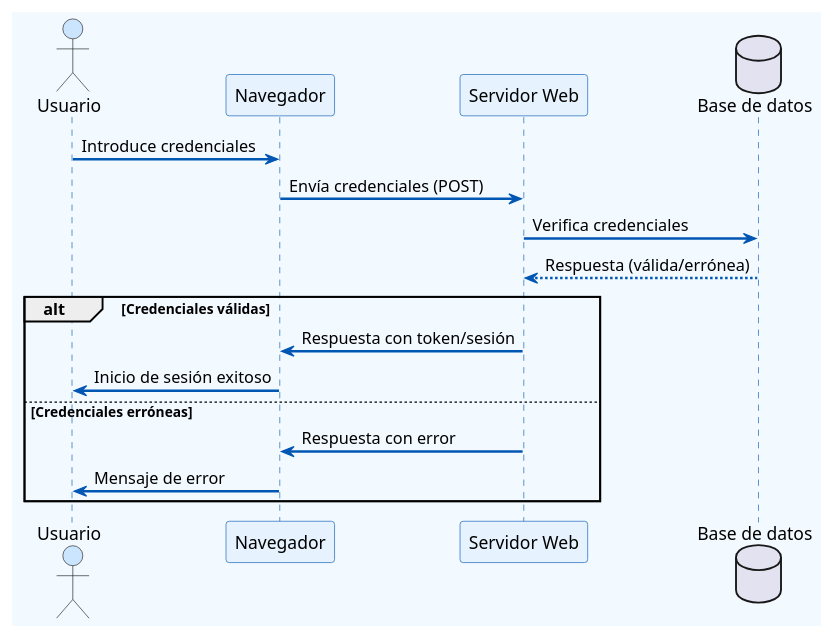
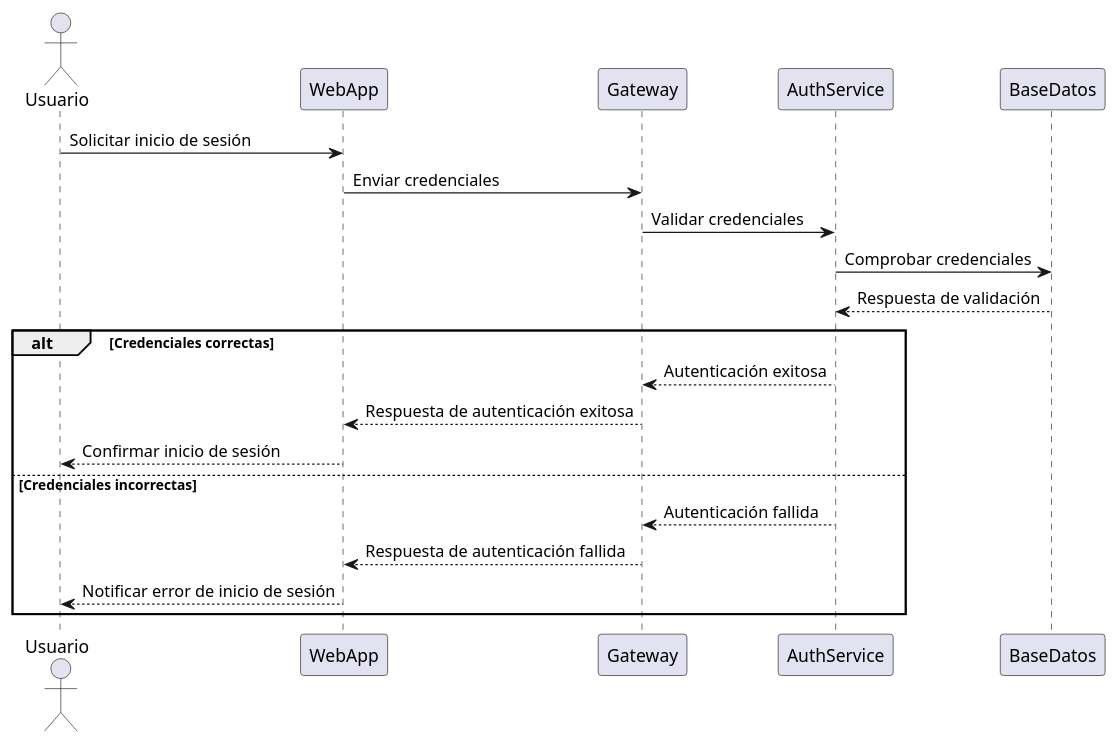
The second of 5 diagrams in docs/src/06_runtime_view.adoc (Arquisoft/wichat_es5b), drawn with PlantUML before and after one commit. The commit also changed other lines of this file, not shown here.

Commit message:
Modificados los diagramas de inicio de sesion y registro de usuarios

```diff
--- a/docs/src/06_runtime_view.adoc
+++ b/docs/src/06_runtime_view.adoc
@@ -78,31 +68,24 @@
 [plantuml,"Inicio de sesion",png]
 ----
 @startuml
-skinparam backgroundColor #F2F9FF
-skinparam sequence {
-    ActorBackgroundColor #CCE5FF
-    ParticipantBackgroundColor #E6F3FF
-    ParticipantBorderColor #0056B3
-    LifeLineBorderColor #0056B3
-    LifeLineBackgroundColor #CCE5FF
-    ArrowColor #0056B3
-    ArrowThickness 2
-}
+
 actor Usuario
-participant Navegador
-participant "Servidor Web" as Servidor_Web
-database "Base de datos" as Base_de_Datos
 
-Usuario -> Navegador: Introduce credenciales
-Navegador -> Servidor_Web: Envía credenciales (POST)
-Servidor_Web -> Base_de_Datos: Verifica credenciales
-Base_de_Datos --> Servidor_Web: Respuesta (válida/errónea)
-alt Credenciales válidas
-    Servidor_Web -> Navegador: Respuesta con token/sesión
-    Navegador -> Usuario: Inicio de sesión exitoso
-else Credenciales erróneas
-    Servidor_Web -> Navegador: Respuesta con error
-    Navegador -> Usuario: Mensaje de error
+Usuario -> WebApp: Solicitar inicio de sesión
+WebApp -> Gateway: Enviar credenciales
+Gateway -> AuthService: Validar credenciales
+AuthService -> BaseDatos: Comprobar credenciales
+BaseDatos --> AuthService: Respuesta de validación
+
+alt Credenciales correctas
+    AuthService --> Gateway: Autenticación exitosa
+    Gateway --> WebApp: Respuesta de autenticación exitosa
+    WebApp --> Usuario: Confirmar inicio de sesión
+else Credenciales incorrectas
+    AuthService --> Gateway: Autenticación fallida
+    Gateway --> WebApp: Respuesta de autenticación fallida
+    WebApp --> Usuario: Notificar error de inicio de sesión
 end
+
 @enduml
 ----
```
